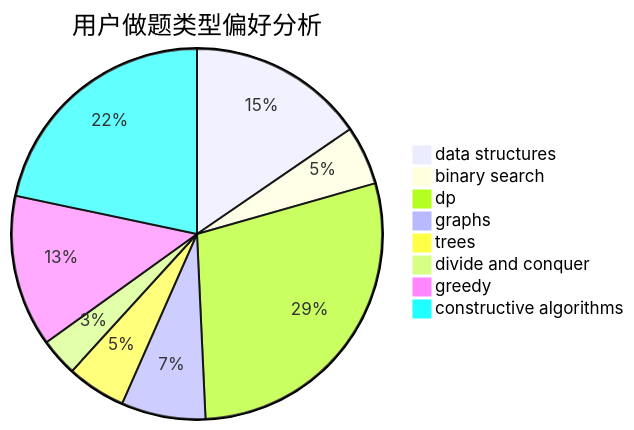
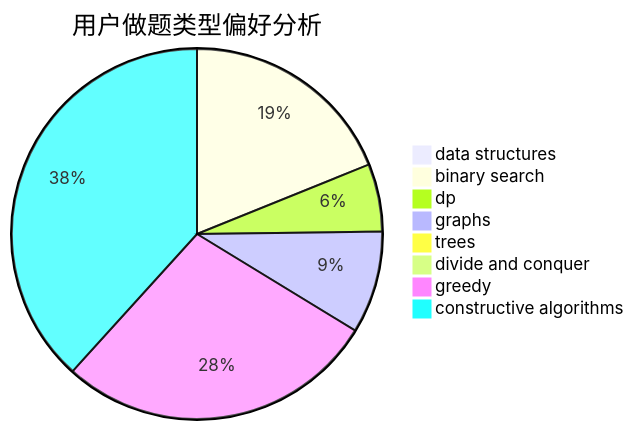
One commit to sherpahu/cfrs.github.io changed the second of 3 diagrams in docs/user/u1637.md. Above: the diagram before and after it, drawn with Mermaid. The commit also changed other lines of this file and 2770 other files, not shown here.

````diff
--- a/docs/user/u1637.md
+++ b/docs/user/u1637.md
@@ -23,11 +23,11 @@
 ```mermaid
 pie title 用户做题类型偏好分析
-    "data structures" :  42
-    "binary search" :  14
-    "dp" :  78
-    "graphs" :  20
-    "trees" :  14
-    "divide and conquer" :  9
-    "greedy" :  36
-    "constructive algorithms" :  59
+    "data structures" :  2
+    "binary search" :  112
+    "dp" :  35
+    "graphs" :  53
+    "trees" :  0
+    "divide and conquer" :  1
+    "greedy" :  166
+    "constructive algorithms" :  227
 ```
````
